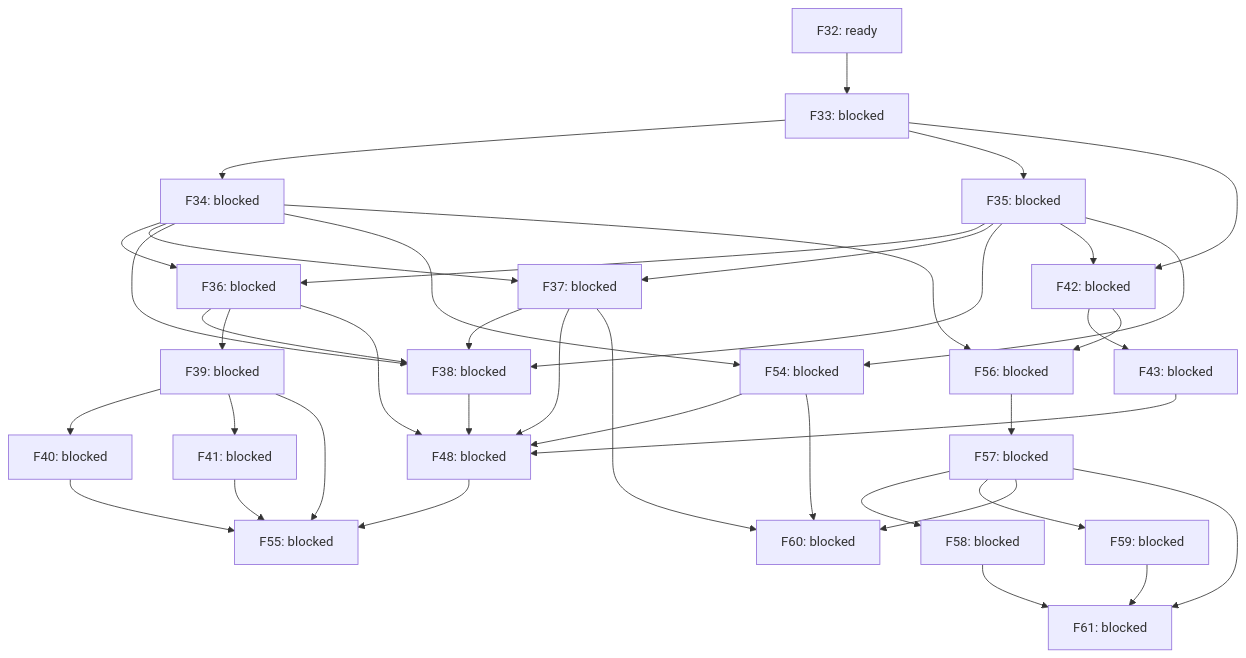
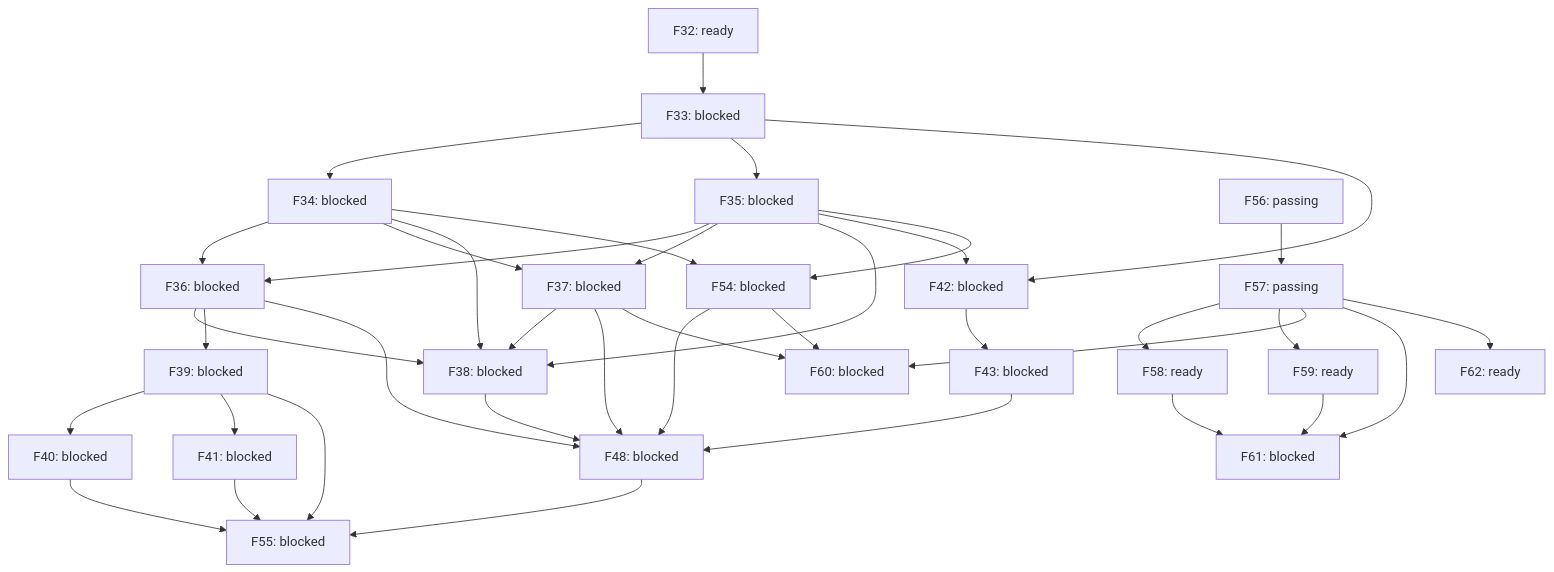
The diagram in docs/roadmap-graph.md (alex-nax/rengine), drawn with Mermaid before and after one commit. The commit also changed other lines of this file and 2 other files, not shown here.

Commit message:
inventory: renderer chain stands on its own evidence; F62 tracks Windows OpenGL
Owner decisions from the F58 interview: F56 loses its dependencies on the
unpassed desktop gates F34 and F42, F57 narrows to macOS with the Windows
evidence moved to the new F62 (blocked by KI-014), and F56 and F57 pass on
their recorded macOS evidence. Rationale in the charter revision record.

Claude-Session: https://claude.ai/code/session_01S83S2Wh8SGRyXQn9wCsXwu

````diff
--- a/docs/roadmap-graph.md
+++ b/docs/roadmap-graph.md
@@ -7,63 +7,63 @@
 ```mermaid
 flowchart TD
   F32["F32: ready"]
   F33["F33: blocked"]
   F32 --> F33
   F34["F34: blocked"]
   F33 --> F34
   F35["F35: blocked"]
   F33 --> F35
   F36["F36: blocked"]
   F34 --> F36
   F35 --> F36
   F37["F37: blocked"]
   F34 --> F37
   F35 --> F37
   F38["F38: blocked"]
   F34 --> F38
   F35 --> F38
   F36 --> F38
   F37 --> F38
   F39["F39: blocked"]
   F36 --> F39
   F40["F40: blocked"]
   F39 --> F40
   F41["F41: blocked"]
   F39 --> F41
   F42["F42: blocked"]
   F33 --> F42
   F35 --> F42
   F43["F43: blocked"]
   F42 --> F43
   F48["F48: blocked"]
   F36 --> F48
   F37 --> F48
   F38 --> F48
   F43 --> F48
   F54 --> F48
   F54["F54: blocked"]
   F34 --> F54
   F35 --> F54
   F55["F55: blocked"]
   F39 --> F55
   F40 --> F55
   F41 --> F55
   F48 --> F55
-  F56["F56: blocked"]
-  F34 --> F56
-  F42 --> F56
-  F57["F57: blocked"]
+  F56["F56: passing"]
+  F57["F57: passing"]
   F56 --> F57
-  F58["F58: blocked"]
+  F58["F58: ready"]
   F57 --> F58
-  F59["F59: blocked"]
+  F59["F59: ready"]
   F57 --> F59
   F60["F60: blocked"]
   F57 --> F60
   F37 --> F60
   F54 --> F60
   F61["F61: blocked"]
   F57 --> F61
   F58 --> F61
   F59 --> F61
+  F62["F62: ready"]
+  F57 --> F62
 ```
````
